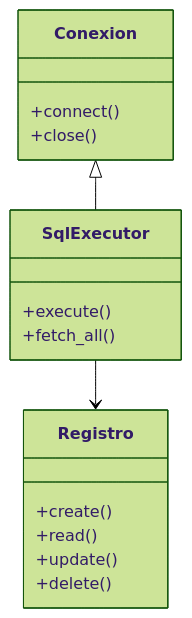
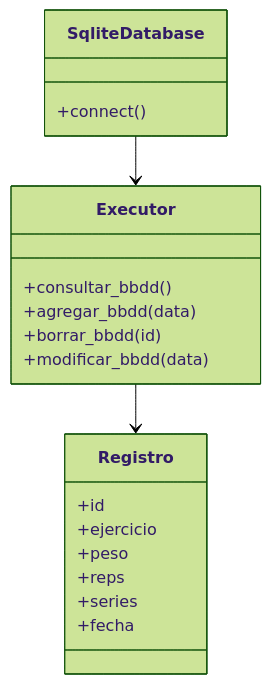
The first of 2 diagrams in docs/source/modelo.rst (tottipensotti/workit), drawn with Mermaid (forest theme) before and after one commit. The commit also changed other lines of this file and 5 other files, not shown here.

```diff
--- a/docs/source/modelo.rst
+++ b/docs/source/modelo.rst
@@ -50,23 +50,26 @@
 .. mermaid::
 
    classDiagram
 
-      class Conexion {
+      class SqliteDatabase {
          +connect()
-         +close()
       }
 
-      class SqlExecutor {
-         +execute()
-         +fetch_all()
+      class Executor {
+         +consultar_bbdd()
+         +agregar_bbdd(data)
+         +borrar_bbdd(id)
+         +modificar_bbdd(data)
       }
 
       class Registro {
-         +create()
-         +read()
-         +update()
-         +delete()
+         +id
+         +ejercicio
+         +peso
+         +reps
+         +series
+         +fecha
       }
 
-      Conexion <|-- SqlExecutor
-      SqlExecutor --> Registro
+      SqliteDatabase --> Executor
+      Executor --> Registro
```
